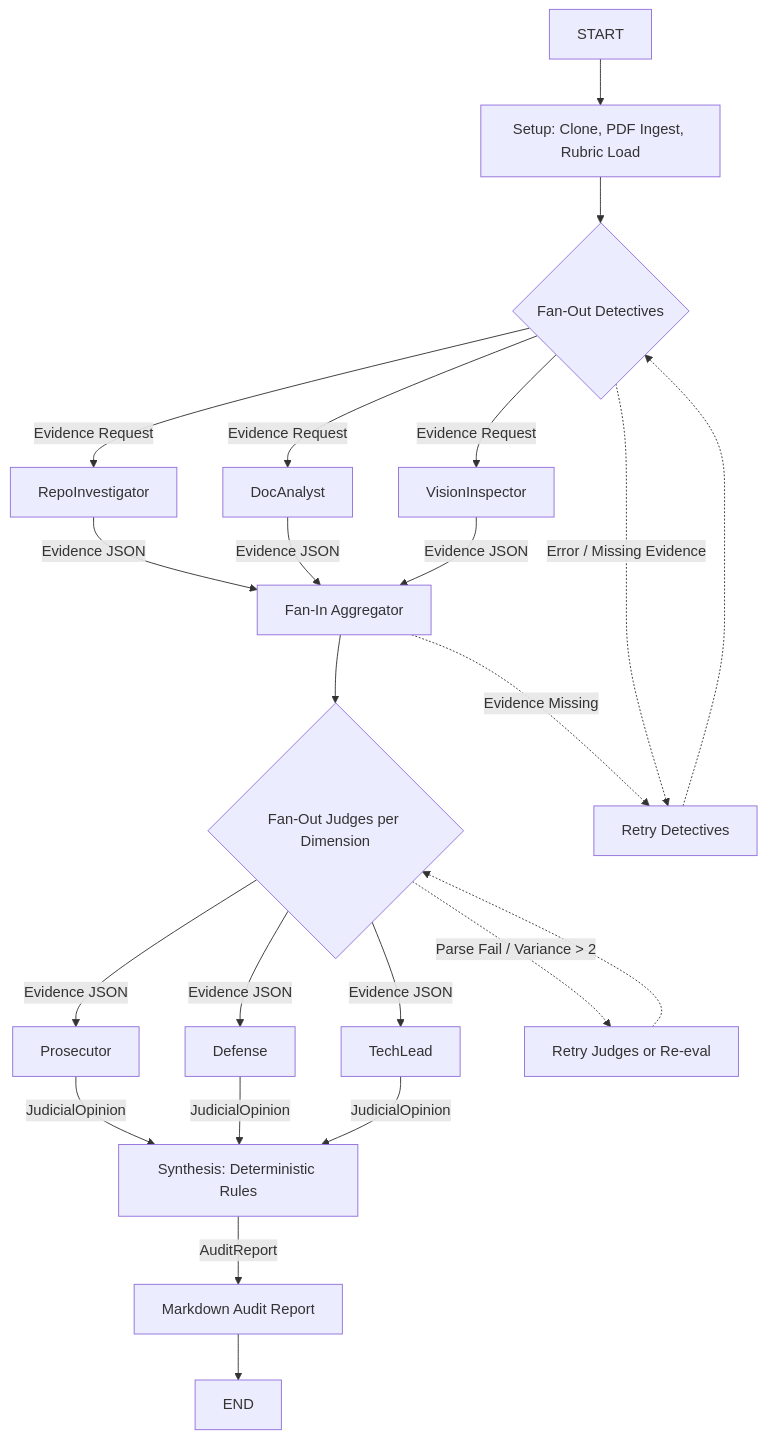
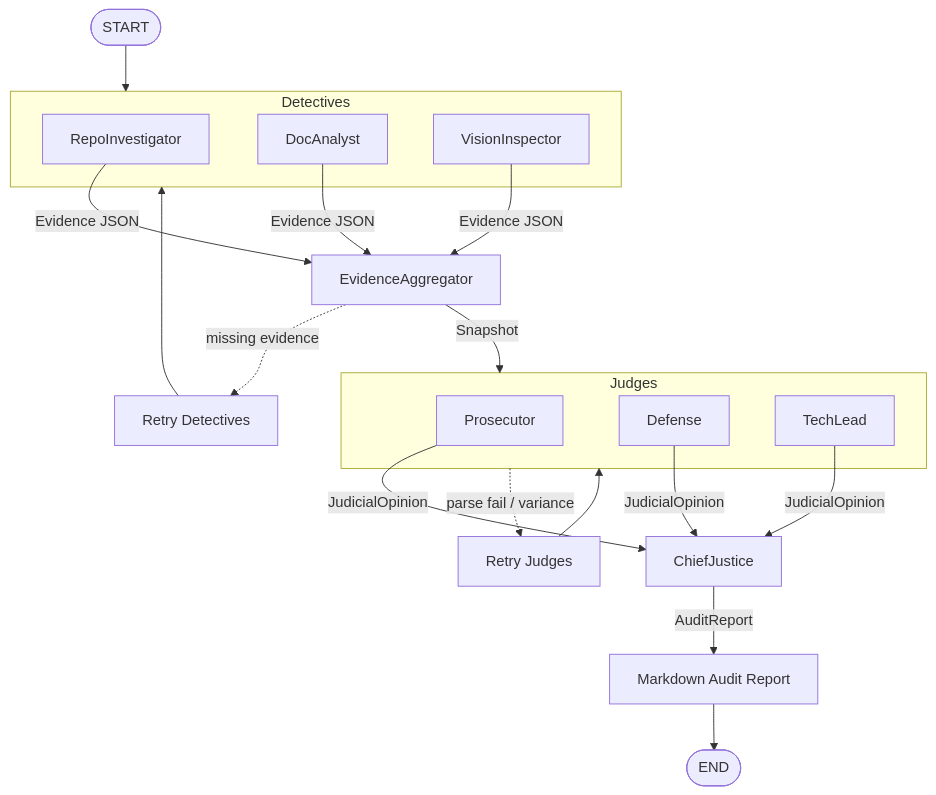
The diagram in reports/final_report.md (gashawbekele06/trp1-week2-automaton-auditor), drawn with Mermaid before and after one commit. The commit also changed other lines of this file, not shown here.

Commit message:
Update final_report.md with Mermaid diagram and implementation alignment checks

````diff
--- a/reports/final_report.md
+++ b/reports/final_report.md
@@ -112,26 +112,32 @@
 ```mermaid
 graph TD
-START[START] --> Setup[Setup: Clone, PDF Ingest, Rubric Load]
-Setup --> FanDetect{Fan-Out Detectives}
-FanDetect -->|Evidence Request| Repo[RepoInvestigator]
-FanDetect -->|Evidence Request| Doc[DocAnalyst]
-FanDetect -->|Evidence Request| Vision[VisionInspector]
-Repo -->|Evidence JSON| Agg[Fan-In Aggregator]
-Doc -->|Evidence JSON| Agg
-Vision -->|Evidence JSON| Agg
-Agg --> FanJud{Fan-Out Judges per Dimension}
-FanJud -->|Evidence JSON| Pros[Prosecutor]
-FanJud -->|Evidence JSON| Def[Defense]
-FanJud -->|Evidence JSON| Tech[TechLead]
-Pros -->|JudicialOpinion| Synth[Synthesis: Deterministic Rules]
-Def -->|JudicialOpinion| Synth
-Tech -->|JudicialOpinion| Synth
-Synth -->|AuditReport| Report[Markdown Audit Report]
-Report --> END[END]
-%% Conditional / error paths
-FanDetect -.->|Error / Missing Evidence| RetryDet[Retry Detectives]
-RetryDet -.-> FanDetect
-Agg -.->|Evidence Missing| RetryDet
-FanJud -.->|Parse Fail / Variance > 2| RetryJud[Retry Judges or Re-eval]
-RetryJud -.-> FanJud
+START([START])
+subgraph Detectives
+RI[RepoInvestigator]
+DA[DocAnalyst]
+VI[VisionInspector]
+end
+EA[EvidenceAggregator]
+subgraph Judges
+P[Prosecutor]
+D[Defense]
+T[TechLead]
+end
+CJ[ChiefJustice]
+END([END])
+START --> Detectives
+RI -->|Evidence JSON| EA
+DA -->|Evidence JSON| EA
+VI -->|Evidence JSON| EA
+EA -->|Snapshot| Judges
+P -->|JudicialOpinion| CJ
+D -->|JudicialOpinion| CJ
+T -->|JudicialOpinion| CJ
+CJ -->|AuditReport| Report[Markdown Audit Report]
+Report --> END
+%% Conditional / retry flows
+EA -.->|missing evidence| RD[Retry Detectives]
+RD --> Detectives
+Judges -.->|parse fail / variance| RJ[Retry Judges]
+RJ --> Judges
 ```
````
